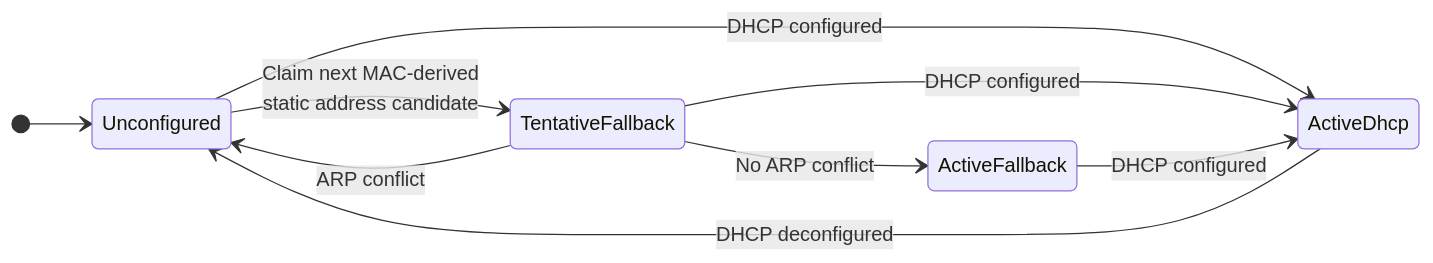
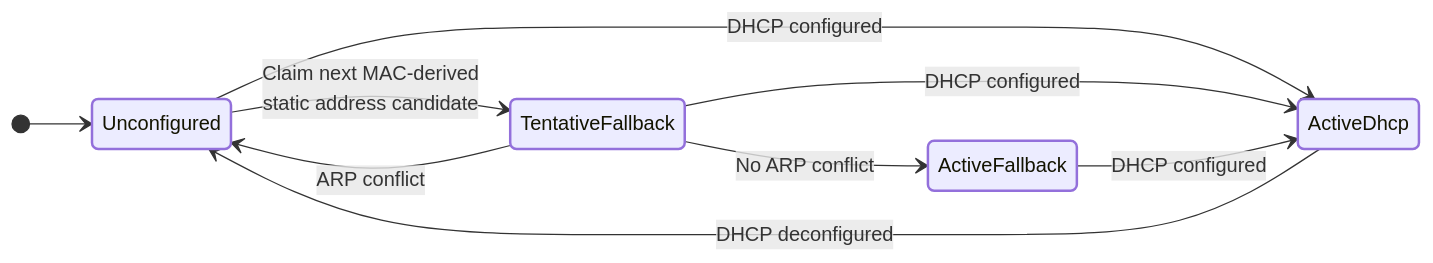
The diagram in software/deimos/README.md (deimoscontrols/deimos), drawn with Mermaid before and after one commit. The commit also changed 309 other files, not shown here.

````diff
--- a/software/deimos/README.md
+++ b/software/deimos/README.md
@@ -183,17 +183,19 @@
 ```mermaid
 stateDiagram-v2
     direction LR
 
-    [*] --> Unconfigured
+    classDef a stroke-width:2px
 
-    Unconfigured --> TentativeFallback: Claim next MAC-derived<br>static address candidate
-    Unconfigured --> ActiveDhcp: DHCP configured
+    [*] --> Unconfigured:::a
 
-    TentativeFallback --> ActiveFallback: No ARP conflict
-    TentativeFallback --> Unconfigured: ARP conflict
-    TentativeFallback --> ActiveDhcp: DHCP configured
+    Unconfigured --> TentativeFallback:::a : Claim next MAC-derived<br>static address candidate
+    Unconfigured --> ActiveDhcp:::a : DHCP configured
 
-    ActiveFallback --> ActiveDhcp: DHCP configured
+    TentativeFallback --> ActiveFallback:::a : No ARP conflict
+    TentativeFallback --> Unconfigured:::a : ARP conflict
+    TentativeFallback --> ActiveDhcp:::a : DHCP configured
 
-    ActiveDhcp --> Unconfigured: DHCP deconfigured
+    ActiveFallback --> ActiveDhcp:::a : DHCP configured
+
+    ActiveDhcp:::a --> Unconfigured: DHCP deconfigured
 ```
````
